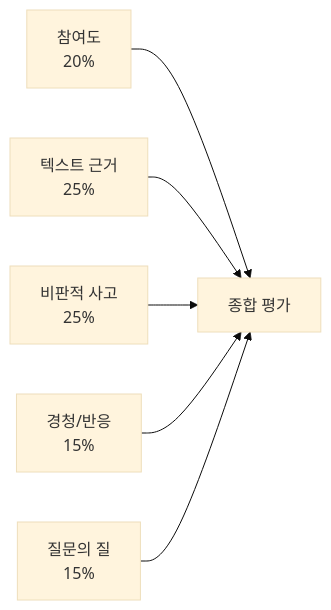
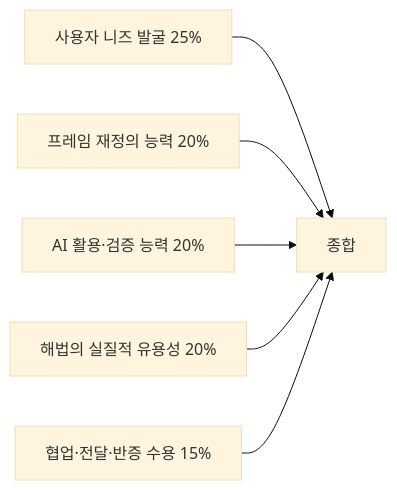
The third of 3 diagrams in 아이디어/독서토론_중등과정_실전운영_매뉴얼.md (Collegenie-X/ReadingClueProject), drawn with Mermaid (base theme) before and after one commit. The commit also changed other lines of this file and 7 other files, not shown here.

````diff
--- a/아이디어/독서토론_중등과정_실전운영_매뉴얼.md
+++ b/아이디어/독서토론_중등과정_실전운영_매뉴얼.md
@@ -215,8 +388,8 @@
 ```mermaid
 flowchart LR
-    A[참여도<br/>20%] --> E[종합 평가]
-    B[텍스트 근거<br/>25%] --> E
-    C[비판적 사고<br/>25%] --> E
-    D[경청/반응<br/>15%] --> E
-    F[질문의 질<br/>15%] --> E
+    A["사용자 니즈 발굴 25%"] --> Z[종합]
+    B["프레임 재정의 능력 20%"] --> Z
+    C["AI 활용·검증 능력 20%"] --> Z
+    D["해법의 실질적 유용성 20%"] --> Z
+    E["협업·전달·반증 수용 15%"] --> Z
 ```
````
